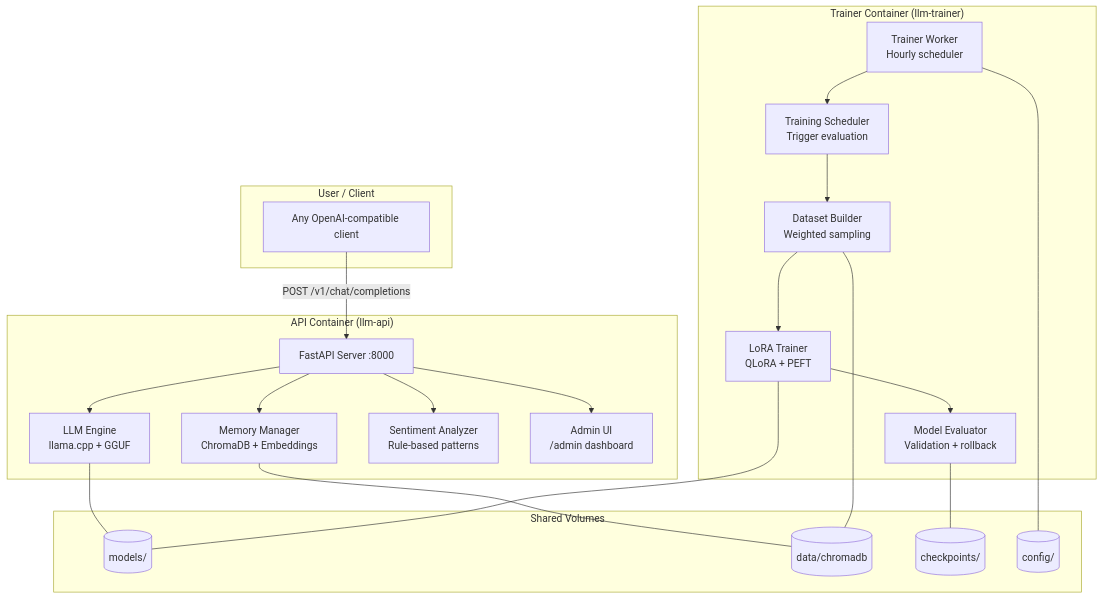
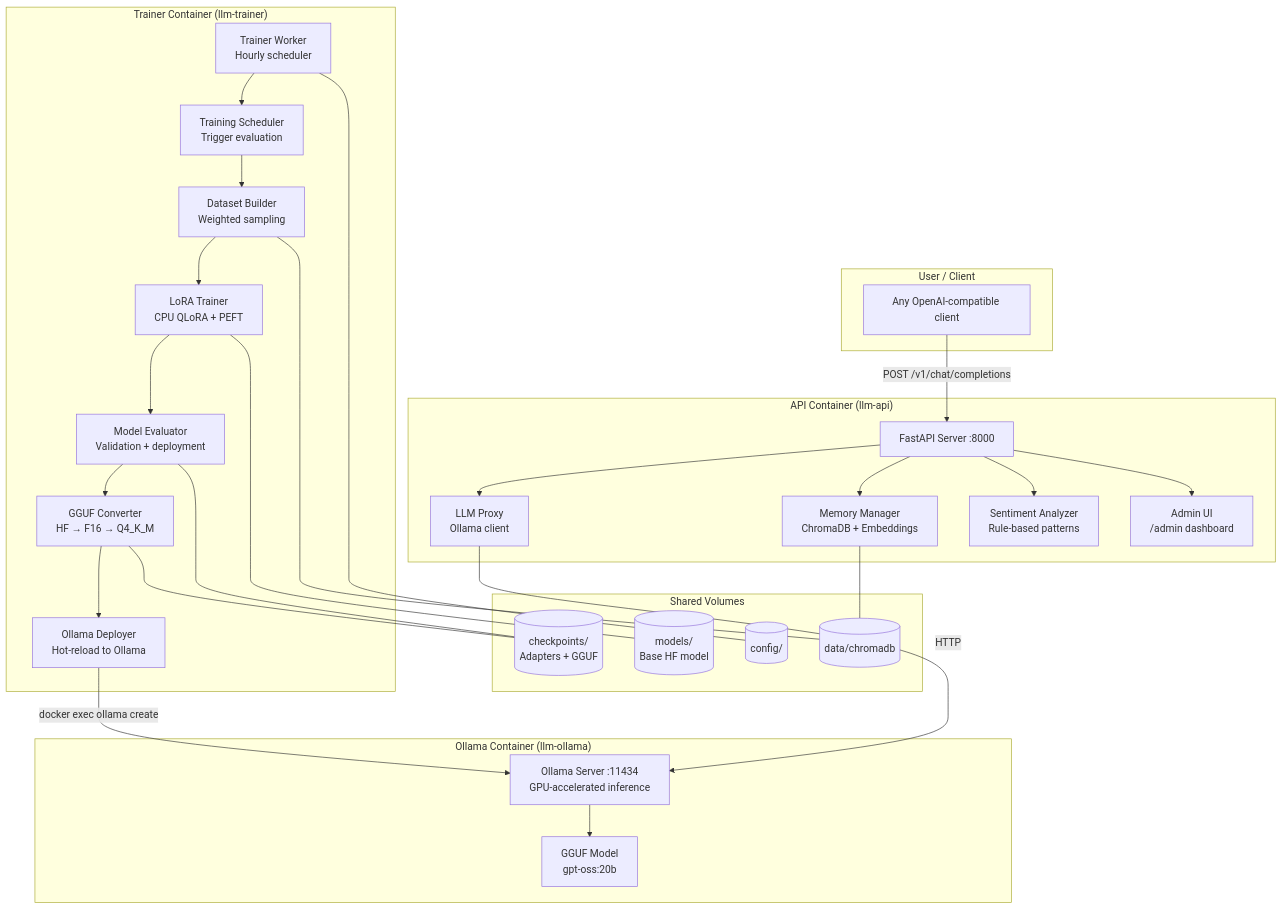
One commit to manikmakki/Project-RLHFL changed the first of 6 diagrams in FOR_NERDS.md. Above: the diagram before and after it, drawn with Mermaid. The commit also changed other lines of this file and 15 other files, not shown here.

````diff
--- a/FOR_NERDS.md
+++ b/FOR_NERDS.md
@@ -9,47 +9,59 @@
 ```mermaid
 graph TB
     subgraph "User / Client"
         C[Any OpenAI-compatible client]
     end
 
     subgraph "API Container (llm-api)"
         FP[FastAPI Server :8000]
-        LE[LLM Engine<br/>llama.cpp + GGUF]
+        LE[LLM Proxy<br/>Ollama client]
         MM[Memory Manager<br/>ChromaDB + Embeddings]
         SA[Sentiment Analyzer<br/>Rule-based patterns]
         AU[Admin UI<br/>/admin dashboard]
+    end
+
+    subgraph "Ollama Container (llm-ollama)"
+        OL[Ollama Server :11434<br/>GPU-accelerated inference]
+        GGUF[GGUF Model<br/>gpt-oss:20b]
     end
 
     subgraph "Trainer Container (llm-trainer)"
         TW[Trainer Worker<br/>Hourly scheduler]
         TS[Training Scheduler<br/>Trigger evaluation]
         DB[Dataset Builder<br/>Weighted sampling]
-        LT[LoRA Trainer<br/>QLoRA + PEFT]
-        ME[Model Evaluator<br/>Validation + rollback]
+        LT[LoRA Trainer<br/>CPU QLoRA + PEFT]
+        ME[Model Evaluator<br/>Validation + deployment]
+        GC[GGUF Converter<br/>HF → F16 → Q4_K_M]
+        OD[Ollama Deployer<br/>Hot-reload to Ollama]
     end
 
     subgraph "Shared Volumes"
-        MOD[(models/)]
+        MOD[(models/<br/>Base HF model)]
         DAT[(data/chromadb)]
-        CKP[(checkpoints/)]
+        CKP[(checkpoints/<br/>Adapters + GGUF)]
         CFG[(config/)]
     end
 
     C -->|POST /v1/chat/completions| FP
     FP --> LE
     FP --> MM
     FP --> SA
     FP --> AU
 
-    LE --- MOD
+    LE -->|HTTP| OL
+    OL --> GGUF
     MM --- DAT
     TW --> TS
     TS --> DB
     DB --> LT
     LT --> ME
+    ME --> GC
+    GC --> OD
+    OD -->|docker exec ollama create| OL
 
     DB --- DAT
     LT --- MOD
     ME --- CKP
+    GC --- CKP
     TW --- CFG
 ```
````
